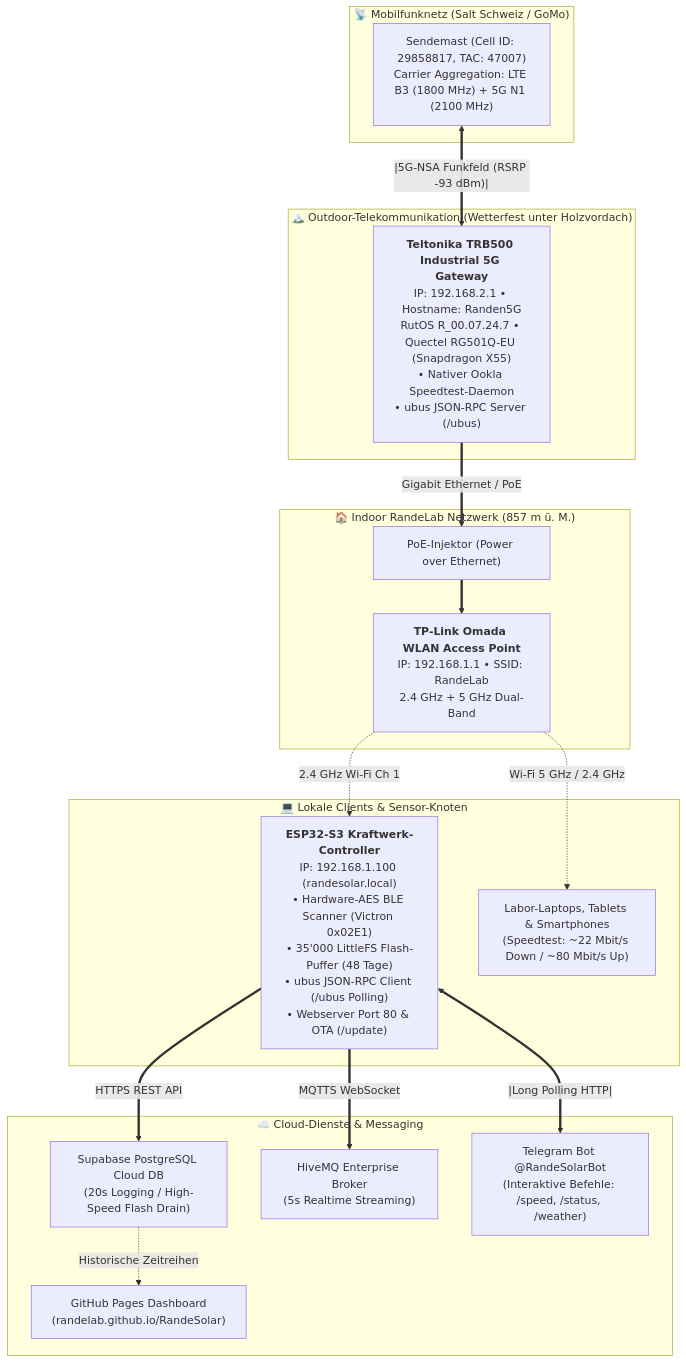
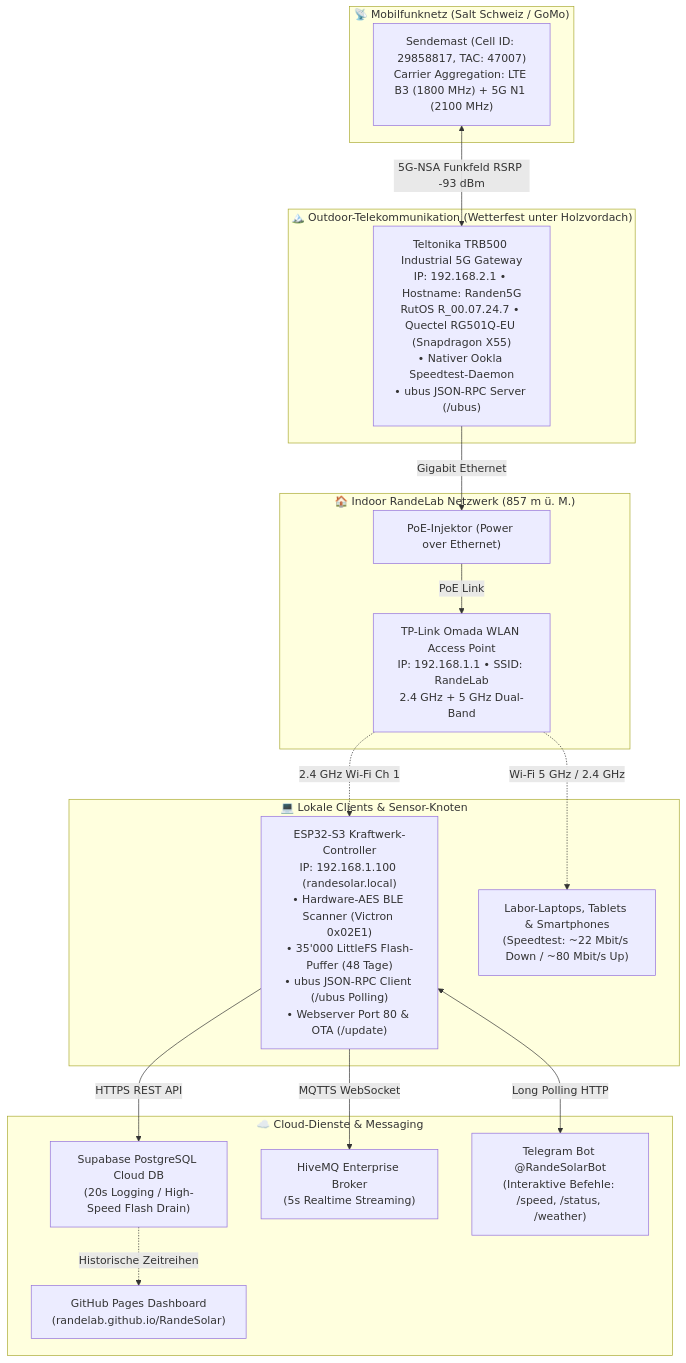
One commit to RandeLab/RandeSolar changed the diagram in NETWORK_5G_INFRASTRUCTURE.md. Above: the diagram before and after it, drawn with Mermaid. The commit also changed 1 other file, not shown here.

Commit message:
fix(docs): resolve Mermaid syntax parse errors in solar and network diagrams

````diff
--- a/NETWORK_5G_INFRASTRUCTURE.md
+++ b/NETWORK_5G_INFRASTRUCTURE.md
@@ -15,36 +15,37 @@
 ```mermaid
 flowchart TD
     subgraph WAN_CELL["📡 Mobilfunknetz (Salt Schweiz / GoMo)"]
         TOWER["Sendemast (Cell ID: 29858817, TAC: 47007)<br/>Carrier Aggregation: LTE B3 (1800 MHz) + 5G N1 (2100 MHz)"]
     end
 
     subgraph OUTDOOR_CPE["🏔️ Outdoor-Telekommunikation (Wetterfest unter Holzvordach)"]
-        TRB500["<b>Teltonika TRB500 Industrial 5G Gateway</b><br/>IP: 192.168.2.1 • Hostname: Randen5G<br/>RutOS R_00.07.24.7 • Quectel RG501Q-EU (Snapdragon X55)<br/>• Nativer Ookla Speedtest-Daemon<br/>• ubus JSON-RPC Server (/ubus)"]
+        TRB500["Teltonika TRB500 Industrial 5G Gateway<br/>IP: 192.168.2.1 • Hostname: Randen5G<br/>RutOS R_00.07.24.7 • Quectel RG501Q-EU (Snapdragon X55)<br/>• Nativer Ookla Speedtest-Daemon<br/>• ubus JSON-RPC Server (/ubus)"]
     end
 
     subgraph INDOOR_LAN["🏠 Indoor RandeLab Netzwerk (857 m ü. M.)"]
         POE["PoE-Injektor (Power over Ethernet)"]
-        AP["<b>TP-Link Omada WLAN Access Point</b><br/>IP: 192.168.1.1 • SSID: RandeLab<br/>2.4 GHz + 5 GHz Dual-Band"]
-        TRB500 ==>|Gigabit Ethernet / PoE| POE ==> AP
+        AP["TP-Link Omada WLAN Access Point<br/>IP: 192.168.1.1 • SSID: RandeLab<br/>2.4 GHz + 5 GHz Dual-Band"]
     end
 
     subgraph CLIENTS["💻 Lokale Clients & Sensor-Knoten"]
-        ESP32["<b>ESP32-S3 Kraftwerk-Controller</b><br/>IP: 192.168.1.100 (randesolar.local)<br/>• Hardware-AES BLE Scanner (Victron 0x02E1)<br/>• 35'000 LittleFS Flash-Puffer (48 Tage)<br/>• ubus JSON-RPC Client (/ubus Polling)<br/>• Webserver Port 80 & OTA (/update)"]
+        ESP32["ESP32-S3 Kraftwerk-Controller<br/>IP: 192.168.1.100 (randesolar.local)<br/>• Hardware-AES BLE Scanner (Victron 0x02E1)<br/>• 35'000 LittleFS Flash-Puffer (48 Tage)<br/>• ubus JSON-RPC Client (/ubus Polling)<br/>• Webserver Port 80 & OTA (/update)"]
         LAPTOP["Labor-Laptops, Tablets & Smartphones<br/>(Speedtest: ~22 Mbit/s Down / ~80 Mbit/s Up)"]
-        AP -.->|2.4 GHz Wi-Fi Ch 1| ESP32
-        AP -.->|Wi-Fi 5 GHz / 2.4 GHz| LAPTOP
     end
 
     subgraph CLOUD_SERVICES["☁️ Cloud-Dienste & Messaging"]
         SUBA["Supabase PostgreSQL Cloud DB<br/>(20s Logging / High-Speed Flash Drain)"]
         MQTT["HiveMQ Enterprise Broker<br/>(5s Realtime Streaming)"]
         TG["Telegram Bot @RandeSolarBot<br/>(Interaktive Befehle: /speed, /status, /weather)"]
         GH["GitHub Pages Dashboard<br/>(randelab.github.io/RandeSolar)"]
     end
 
-    TOWER <==|5G-NSA Funkfeld (RSRP -93 dBm)|==> TRB500
-    ESP32 ==>|HTTPS REST API| SUBA
-    ESP32 ==>|MQTTS WebSocket| MQTT
-    ESP32 <==|Long Polling HTTP|==> TG
+    TOWER <-->|5G-NSA Funkfeld RSRP -93 dBm| TRB500
+    TRB500 -->|Gigabit Ethernet| POE
+    POE -->|PoE Link| AP
+    AP -.->|2.4 GHz Wi-Fi Ch 1| ESP32
+    AP -.->|Wi-Fi 5 GHz / 2.4 GHz| LAPTOP
+    ESP32 -->|HTTPS REST API| SUBA
+    ESP32 -->|MQTTS WebSocket| MQTT
+    ESP32 <-->|Long Polling HTTP| TG
     SUBA -.->|Historische Zeitreihen| GH
 ```
````
